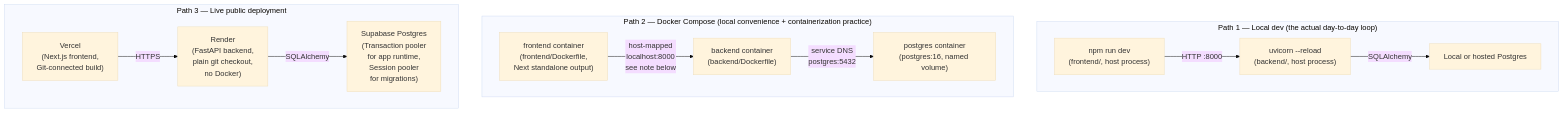
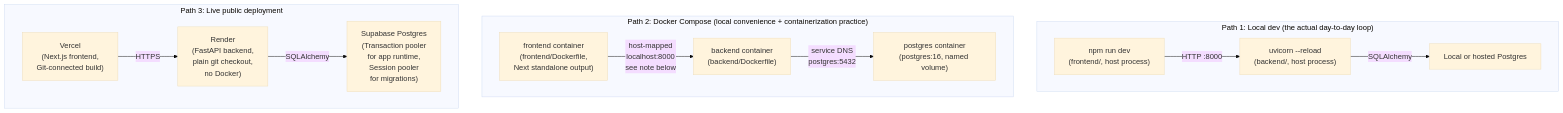
Before and after one commit to mstfaatf/fraud-detection: the first of 3 diagrams in ARCHITECTURE.md, drawn with Mermaid (base theme). The commit also changed other lines of this file and 4 other files, not shown here.

````diff
--- a/ARCHITECTURE.md
+++ b/ARCHITECTURE.md
@@ -24,29 +24,29 @@
 ```mermaid
 flowchart TB
-    subgraph local["Path 1 — Local dev (the actual day-to-day loop)"]
+    subgraph local["Path 1: Local dev (the actual day-to-day loop)"]
         direction LR
         L1["uvicorn --reload\n(backend/, host process)"]
         L2["npm run dev\n(frontend/, host process)"]
         L3["Local or hosted Postgres"]
         L2 -->|HTTP :8000| L1
         L1 -->|SQLAlchemy| L3
     end
 
-    subgraph compose["Path 2 — Docker Compose (local convenience + containerization practice)"]
+    subgraph compose["Path 2: Docker Compose (local convenience + containerization practice)"]
         direction LR
         C1["backend container\n(backend/Dockerfile)"]
         C2["frontend container\n(frontend/Dockerfile,\nNext standalone output)"]
         C3["postgres container\n(postgres:16, named volume)"]
         C2 -->|host-mapped\nlocalhost:8000\nsee note below| C1
         C1 -->|service DNS\npostgres:5432| C3
     end
 
-    subgraph live["Path 3 — Live public deployment"]
+    subgraph live["Path 3: Live public deployment"]
         direction LR
         V["Vercel\n(Next.js frontend,\nGit-connected build)"]
         R["Render\n(FastAPI backend,\nplain git checkout,\nno Docker)"]
         S["Supabase Postgres\n(Transaction pooler\nfor app runtime,\nSession pooler\nfor migrations)"]
         V -->|HTTPS| R
         R -->|SQLAlchemy| S
     end
 ```
````
